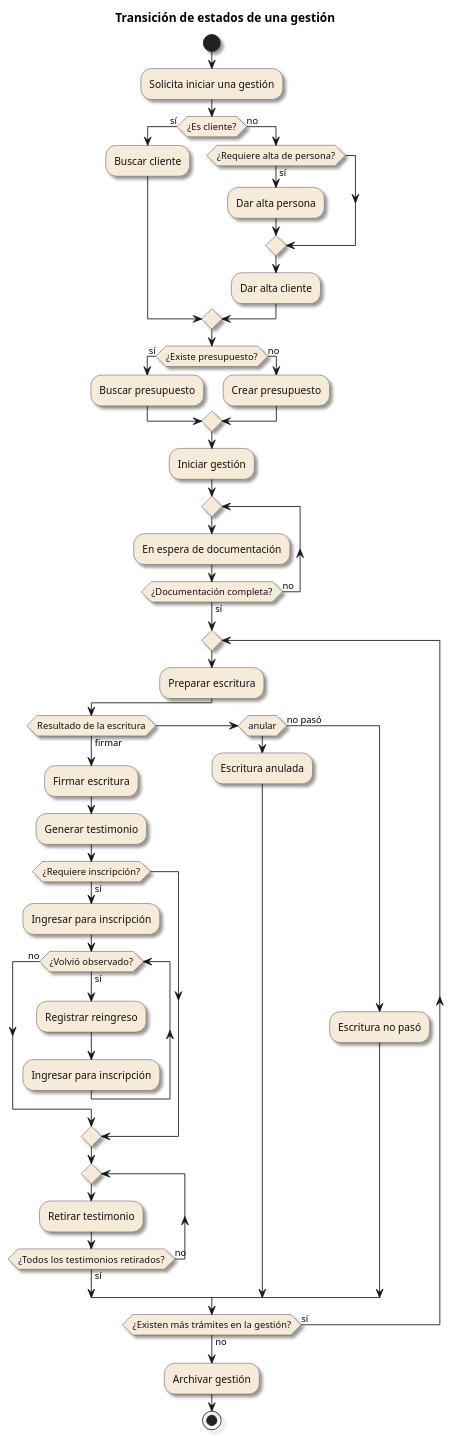
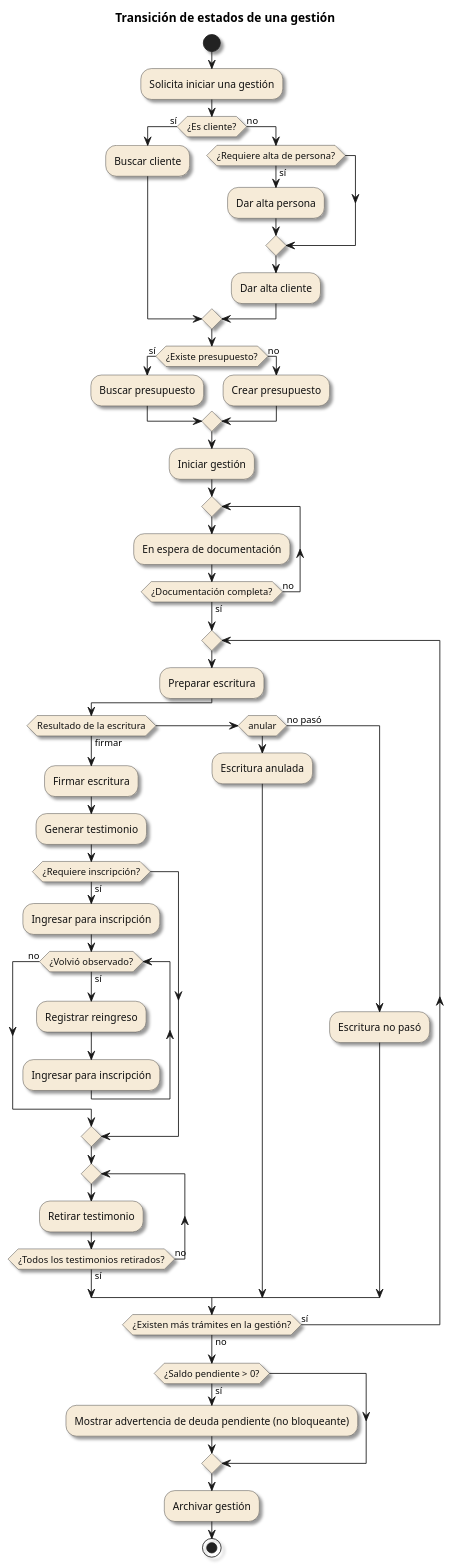
Before and after one commit to matiaspakua/notaire: the diagram in docs/200-architecture/204-diagrams/Diagrama de Estados/transicion-de-estados.puml, drawn with PlantUML. The commit also changed 27 other files, not shown here.

First line of the commit message:
[#819] feat: verificar deuda pendiente al archivar una gestión (#826)

```diff
--- a/docs/200-architecture/204-diagrams/Diagrama de Estados/transicion-de-estados.puml
+++ b/docs/200-architecture/204-diagrams/Diagrama de Estados/transicion-de-estados.puml
@@ -1,68 +1,72 @@
 @startuml
 title Transición de estados de una gestión
 
 skinparam shadowing true
 skinparam defaultFontName Arial
 skinparam activity {
   BackgroundColor #F6EBD8
   BorderColor #333333
   FontColor #111111
   DiamondBackgroundColor #F6EBD8
   DiamondBorderColor #333333
 }
 
 start
 
 :Solicita iniciar una gestión;
 
 if (¿Es cliente?) then (sí)
   :Buscar cliente;
 else (no)
   if (¿Requiere alta de persona?) then (sí)
     :Dar alta persona;
   endif
   :Dar alta cliente;
 endif
 
 if (¿Existe presupuesto?) then (sí)
   :Buscar presupuesto;
 else (no)
   :Crear presupuesto;
 endif
 
 :Iniciar gestión;
 
 repeat
   :En espera de documentación;
 repeat while (¿Documentación completa?) is (no) not (sí)
 
 repeat
   :Preparar escritura;
 
   if (Resultado de la escritura) then (firmar)
     :Firmar escritura;
     :Generar testimonio;
 
     if (¿Requiere inscripción?) then (sí)
       :Ingresar para inscripción;
 
       while (¿Volvió observado?) is (sí)
         :Registrar reingreso;
         :Ingresar para inscripción;
       endwhile (no)
     endif
 
     repeat
       :Retirar testimonio;
     repeat while (¿Todos los testimonios retirados?) is (no) not (sí)
   elseif (anular)
     :Escritura anulada;
   else (no pasó)
     :Escritura no pasó;
   endif
 
 repeat while (¿Existen más trámites en la gestión?) is (sí) not (no)
 
+if (¿Saldo pendiente > 0?) then (sí)
+  :Mostrar advertencia de deuda pendiente (no bloqueante);
+endif
+
 :Archivar gestión;
 stop
 @enduml
```
